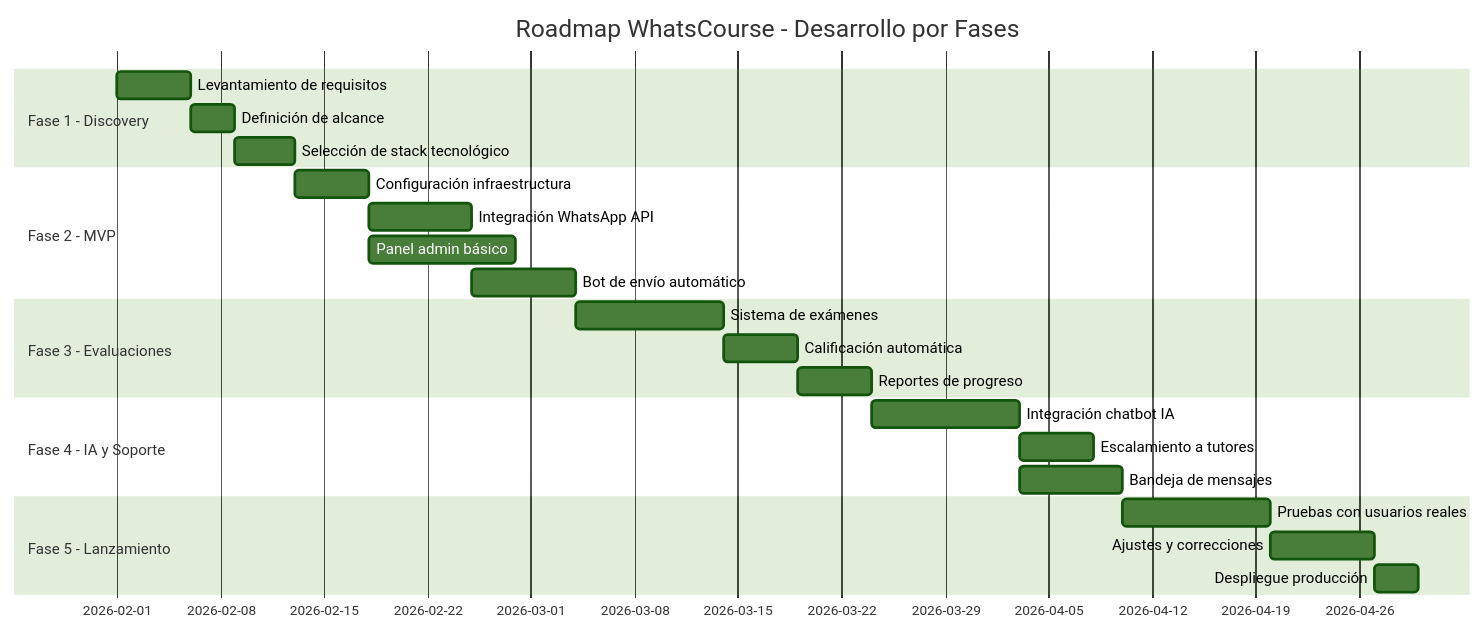
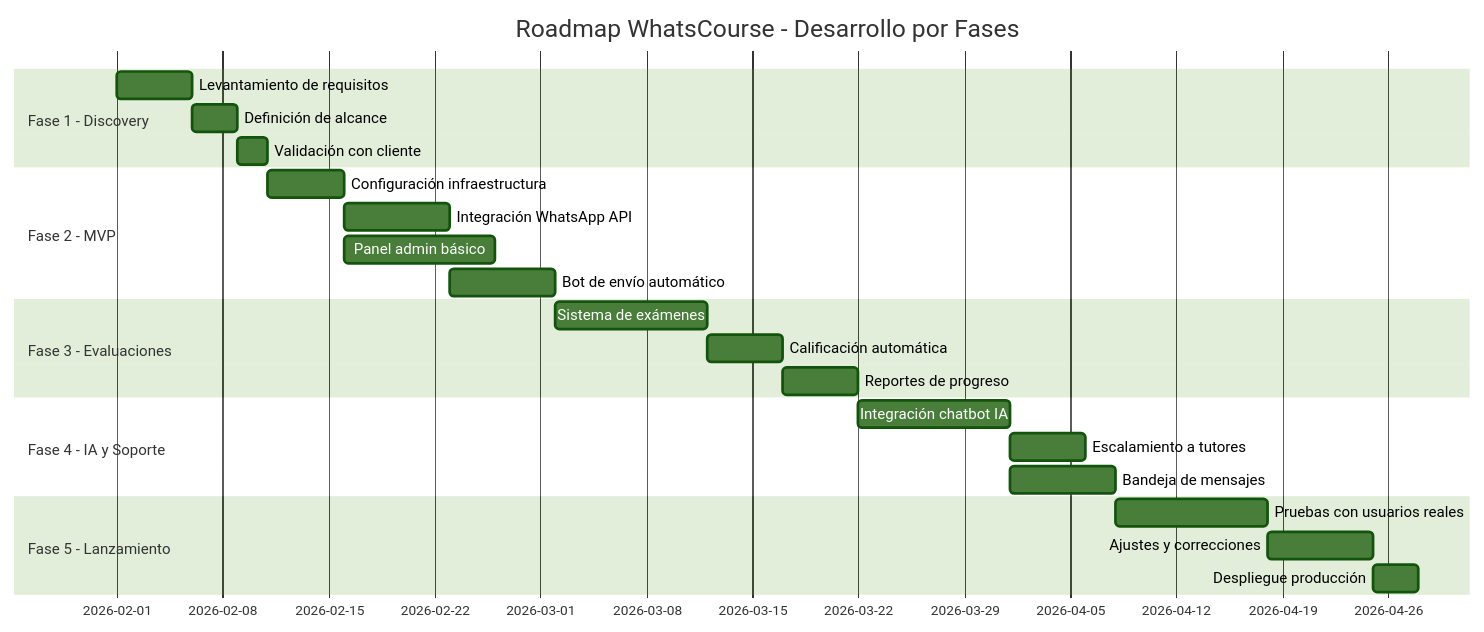
One commit to erikaluciafuertes/Project-Proposals changed the first of 7 diagrams in roadmap.md. Above: the diagram before and after it, drawn with Mermaid (forest theme). The commit also changed other lines of this file and 1 other file, not shown here.

````diff
--- a/roadmap.md
+++ b/roadmap.md
@@ -5,30 +5,30 @@
 ```mermaid
 gantt
     title Roadmap WhatsCourse - Desarrollo por Fases
     dateFormat  YYYY-MM-DD
     section Fase 1 - Discovery
     Levantamiento de requisitos      :f1a, 2026-02-01, 5d
     Definición de alcance            :f1b, after f1a, 3d
-    Selección de stack tecnológico   :f1c, after f1b, 4d
+    Validación con cliente           :f1c, after f1b, 2d
     
     section Fase 2 - MVP
     Configuración infraestructura    :f2a, after f1c, 5d
     Integración WhatsApp API         :f2b, after f2a, 7d
     Panel admin básico               :f2c, after f2a, 10d
     Bot de envío automático          :f2d, after f2b, 7d
     
     section Fase 3 - Evaluaciones
     Sistema de exámenes              :f3a, after f2d, 10d
     Calificación automática          :f3b, after f3a, 5d
     Reportes de progreso             :f3c, after f3b, 5d
     
     section Fase 4 - IA y Soporte
     Integración chatbot IA           :f4a, after f3c, 10d
     Escalamiento a tutores           :f4b, after f4a, 5d
     Bandeja de mensajes              :f4c, after f4a, 7d
     
     section Fase 5 - Lanzamiento
     Pruebas con usuarios reales      :f5a, after f4c, 10d
     Ajustes y correcciones           :f5b, after f5a, 7d
     Despliegue producción            :f5c, after f5b, 3d
 ```
````
